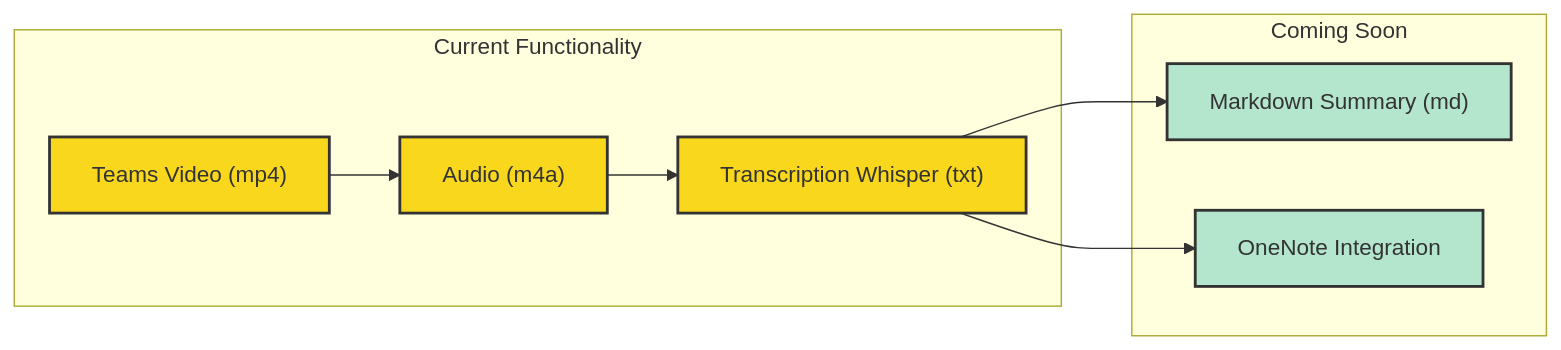
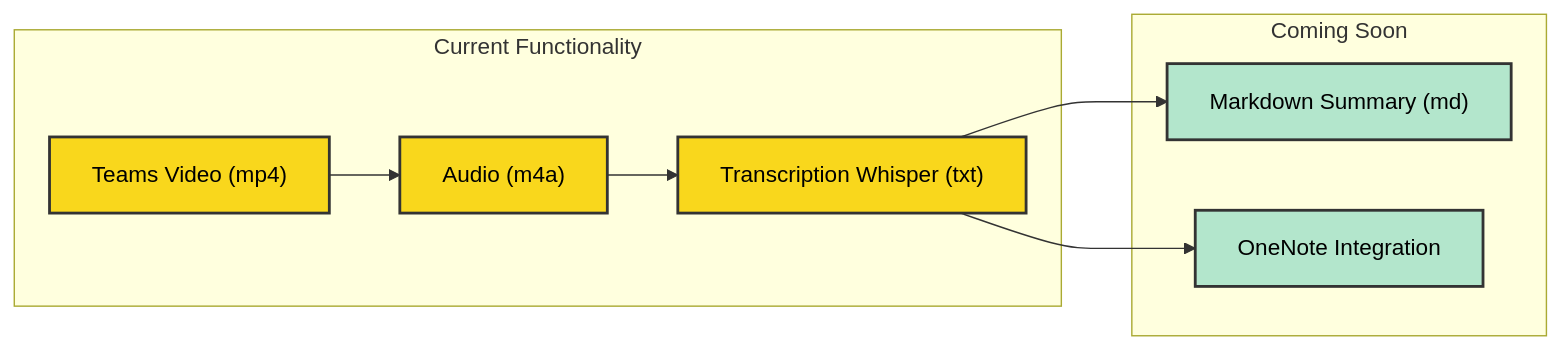
The diagram in README.md (PatBQc/TeamScriber), drawn with Mermaid before and after one commit.

````diff
--- a/README.md
+++ b/README.md
@@ -158,25 +158,25 @@
 ```mermaid
 graph LR
     A["Teams Video (mp4)"] --> B["Audio (m4a)"]
     B --> C["Transcription Whisper (txt)"]
     
     subgraph "Current Functionality"
     A
     B
     C
     end
     
     C --> D["Markdown Summary (md)"]
     C --> E[OneNote Integration]
     
     subgraph "Coming Soon"
     D
     E
     end
     
-    style A fill:#f9d71c,stroke:#333,stroke-width:2px
-    style B fill:#f9d71c,stroke:#333,stroke-width:2px
-    style C fill:#f9d71c,stroke:#333,stroke-width:2px
-    style D fill:#b3e6cc,stroke:#333,stroke-width:2px
-    style E fill:#b3e6cc,stroke:#333,stroke-width:2px
+    style A fill:#f9d71c,stroke:#333,stroke-width:2px,color:#000
+    style B fill:#f9d71c,stroke:#333,stroke-width:2px,color:#000
+    style C fill:#f9d71c,stroke:#333,stroke-width:2px,color:#000
+    style D fill:#b3e6cc,stroke:#333,stroke-width:2px,color:#000
+    style E fill:#b3e6cc,stroke:#333,stroke-width:2px,color:#000
 ```
````
